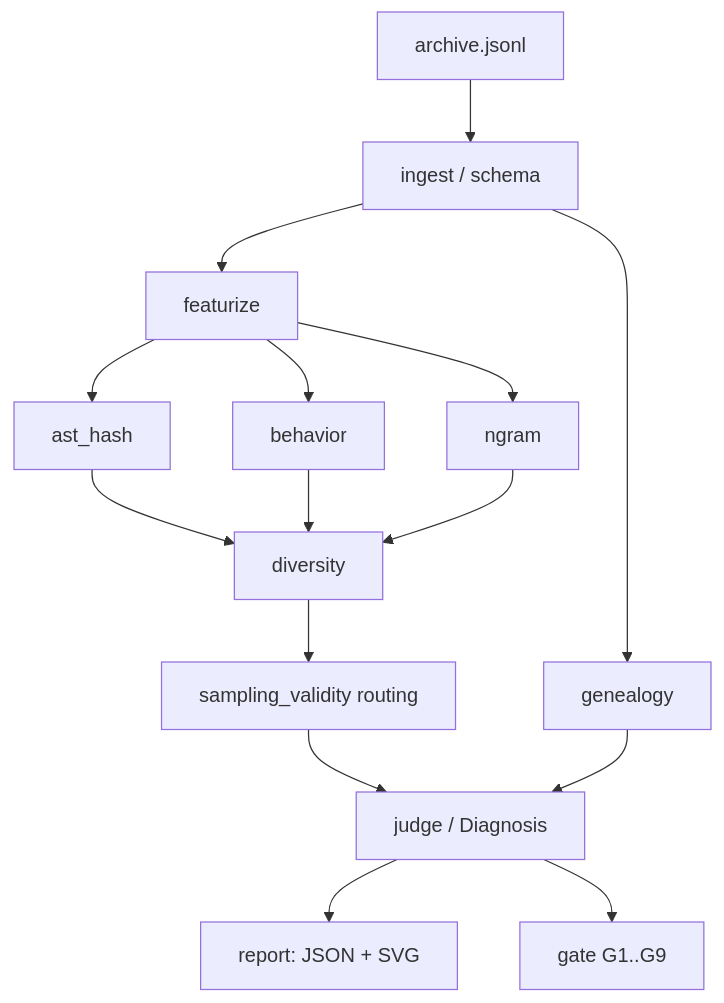
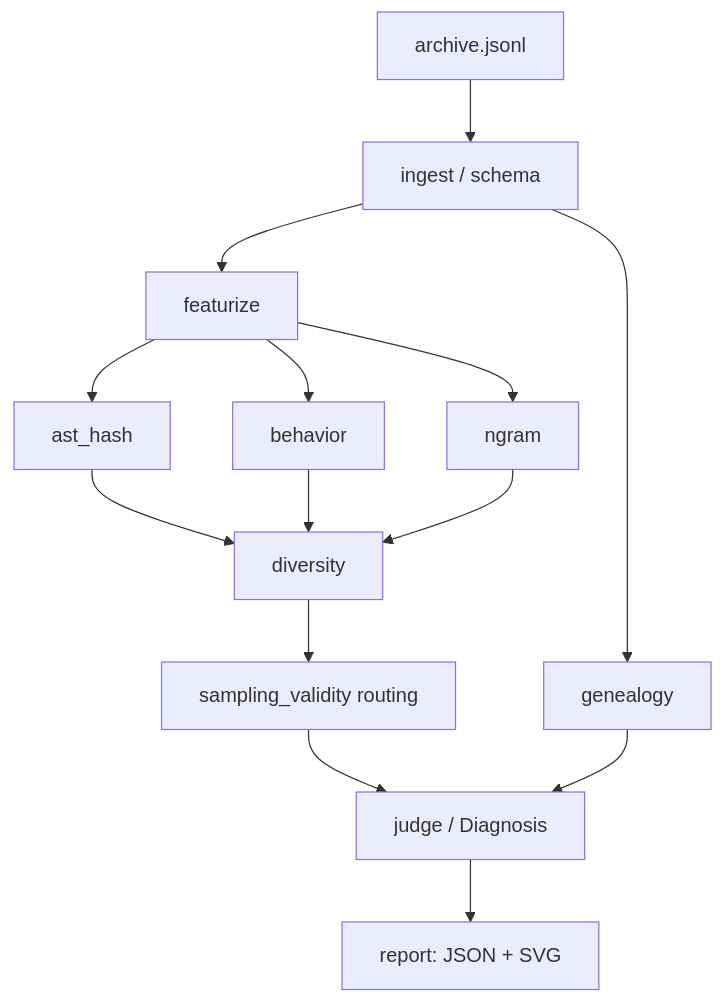
The diagram in README.md (hinanohart/evorare), drawn with Mermaid before and after one commit.

Commit message:
docs: QA fix (#4)

````diff
--- a/README.md
+++ b/README.md
@@ -22,17 +22,16 @@
 ```mermaid
 flowchart TD
     A[archive.jsonl] --> B[ingest / schema]
     B --> C[featurize]
     C --> C1[ast_hash]
     C --> C2[behavior]
     C --> C3[ngram]
     C1 --> D[diversity]
     C2 --> D
     C3 --> D
     D --> E[sampling_validity routing]
     E --> F[judge / Diagnosis]
     B --> G[genealogy]
     G --> F
     F --> H[report: JSON + SVG]
-    F --> I[gate G1..G9]
 ```
````
